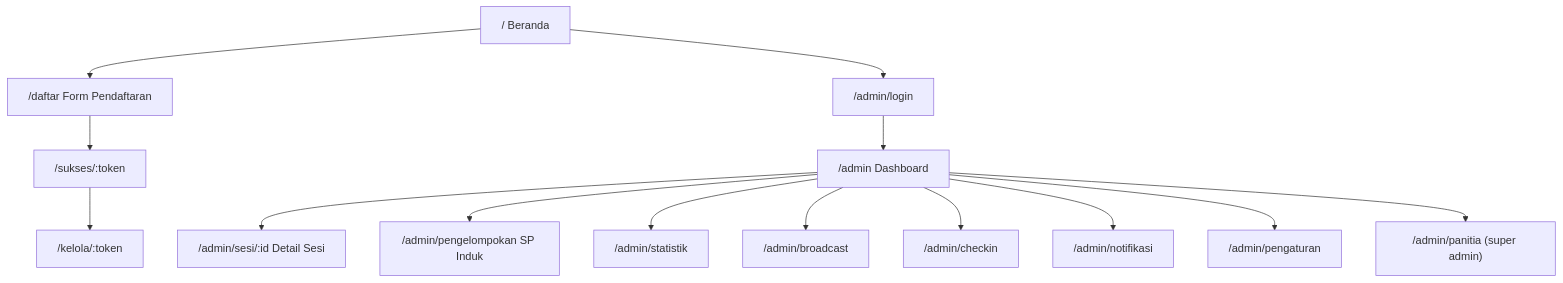
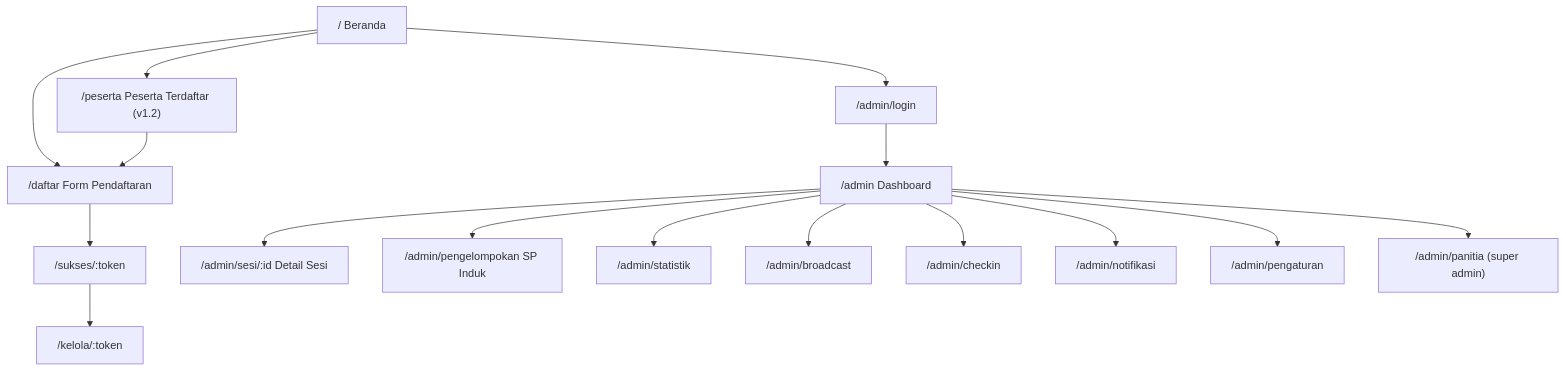
The first of 6 diagrams in docs/SP_Portal_UIUX_Flow_v1.0.md (ivanpwh/sp-portal-Op4.8), drawn with Mermaid before and after one commit. The commit also changed other lines of this file and 26 other files, not shown here.

````diff
--- a/docs/SP_Portal_UIUX_Flow_v1.0.md
+++ b/docs/SP_Portal_UIUX_Flow_v1.0.md
@@ -64,16 +66,18 @@
 ```mermaid
 graph TD
   Home["/ Beranda"] --> Daftar["/daftar Form Pendaftaran"]
+  Home --> Peserta["/peserta Peserta Terdaftar (v1.2)"]
   Daftar --> Sukses["/sukses/:token"]
   Sukses --> Kelola["/kelola/:token"]
+  Peserta --> Daftar
   Home --> Login["/admin/login"]
   Login --> Dash["/admin Dashboard"]
   Dash --> Sesi["/admin/sesi/:id Detail Sesi"]
   Dash --> Group["/admin/pengelompokan SP Induk"]
   Dash --> Stat["/admin/statistik"]
   Dash --> Bro["/admin/broadcast"]
   Dash --> Check["/admin/checkin"]
   Dash --> Notif["/admin/notifikasi"]
   Dash --> Setting["/admin/pengaturan"]
   Dash --> Panitia["/admin/panitia (super admin)"]
 ```
````
